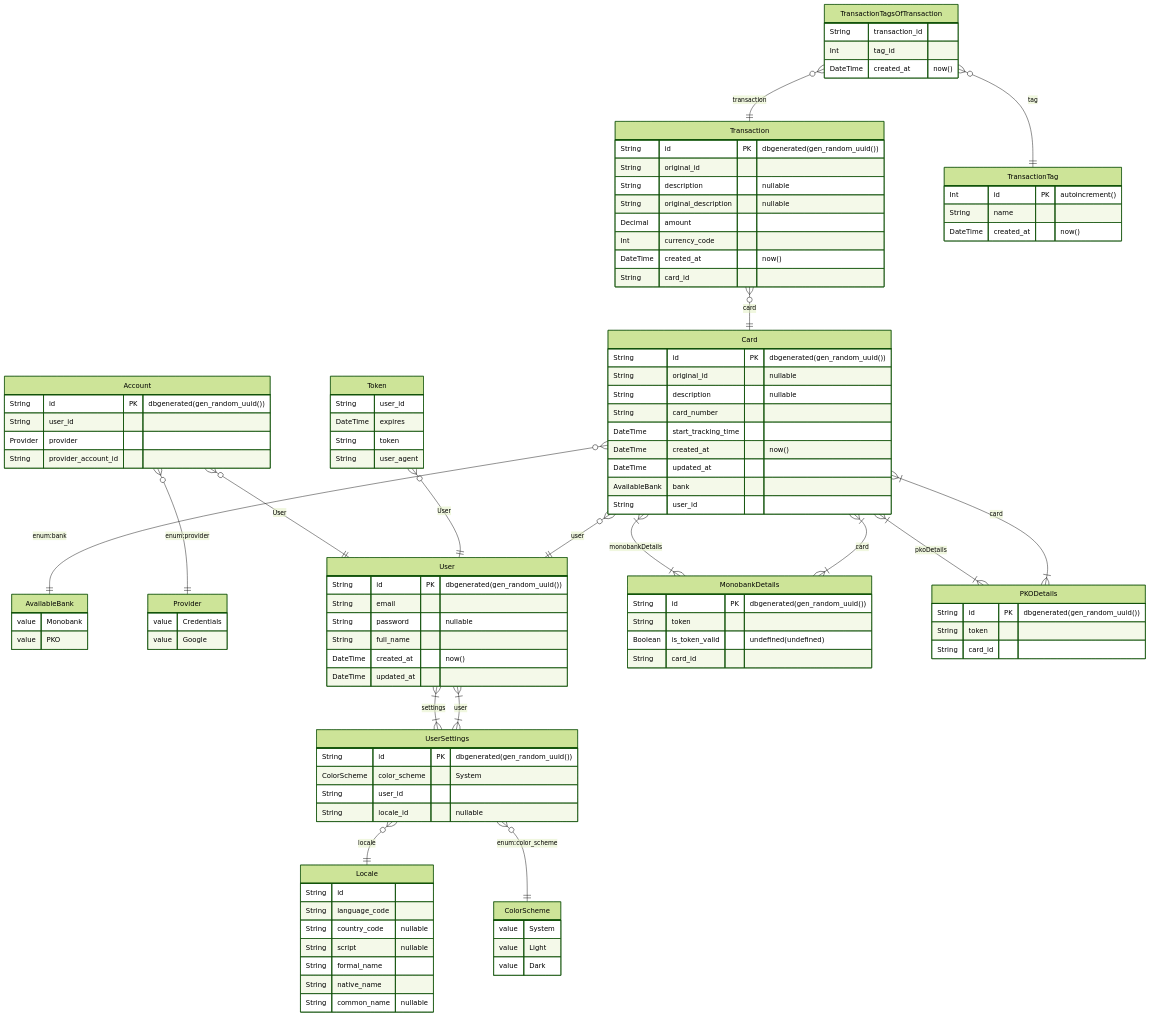
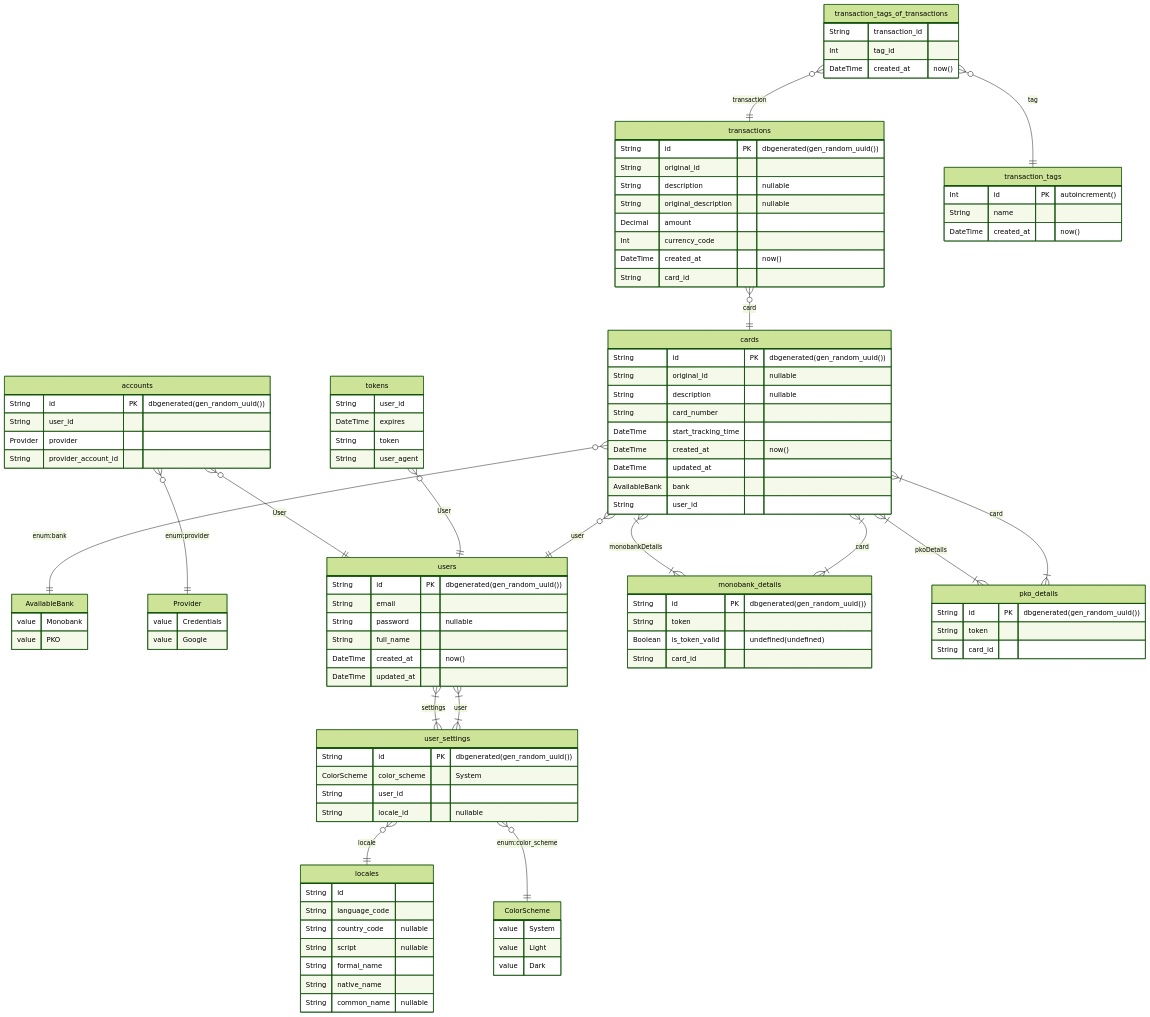
One commit to quinsberry/budget-tracking-app changed the diagram in src/shared/prisma/ERD.md. Above: the diagram before and after it, drawn with Mermaid (forest theme). The commit also changed 2 other files, not shown here.

Commit message:
changed table names for prisma models

````diff
--- a/src/shared/prisma/ERD.md
+++ b/src/shared/prisma/ERD.md
@@ -13,7 +13,7 @@
 		value Credentials
 		value Google
 	}
-	User {
+	users {
 		String id PK  "dbgenerated(gen_random_uuid())"
 		String email
 		String password  "nullable"
@@ -21,25 +21,25 @@
 		DateTime created_at  "now()"
 		DateTime updated_at
 	}
-	Account {
+	accounts {
 		String id PK  "dbgenerated(gen_random_uuid())"
 		String user_id
 		Provider provider
 		String provider_account_id
 	}
-	Token {
+	tokens {
 		String user_id
 		DateTime expires
 		String token
 		String user_agent
 	}
-	UserSettings {
+	user_settings {
 		String id PK  "dbgenerated(gen_random_uuid())"
 		ColorScheme color_scheme "System"
 		String user_id
 		String locale_id  "nullable"
 	}
-	Locale {
+	locales {
 		String id
 		String language_code
 		String country_code  "nullable"
@@ -48,7 +48,7 @@
 		String native_name
 		String common_name  "nullable"
 	}
-	Card {
+	cards {
 		String id PK  "dbgenerated(gen_random_uuid())"
 		String original_id  "nullable"
 		String description  "nullable"
@@ -59,18 +59,18 @@
 		AvailableBank bank
 		String user_id
 	}
-	MonobankDetails {
+	monobank_details {
 		String id PK  "dbgenerated(gen_random_uuid())"
 		String token
 		Boolean is_token_valid  "undefined(undefined)"
 		String card_id
 	}
-	PKODetails {
+	pko_details {
 		String id PK  "dbgenerated(gen_random_uuid())"
 		String token
 		String card_id
 	}
-	Transaction {
+	transactions {
 		String id PK  "dbgenerated(gen_random_uuid())"
 		String original_id
 		String description  "nullable"
@@ -80,31 +80,31 @@
 		DateTime created_at  "now()"
 		String card_id
 	}
-	TransactionTag {
+	transaction_tags {
 		Int id PK  "autoincrement()"
 		String name
 		DateTime created_at  "now()"
 	}
-	TransactionTagsOfTransaction {
+	transaction_tags_of_transactions {
 		String transaction_id
 		Int tag_id
 		DateTime created_at  "now()"
 	}
-	User }|--|{ UserSettings : settings
-	Account }o--|| User : User
-	Account }o--|| Provider : "enum:provider"
-	Token }o--|| User : User
-	UserSettings }|--|{ User : user
-	UserSettings }o--|| Locale : locale
-	UserSettings }o--|| ColorScheme : "enum:color_scheme"
-	Card }|--|{ MonobankDetails : monobankDetails
-	Card }|--|{ PKODetails : pkoDetails
-	Card }o--|| User : user
-	Card }o--|| AvailableBank : "enum:bank"
-	MonobankDetails }|--|{ Card : card
-	PKODetails }|--|{ Card : card
-	Transaction }o--|| Card : card
-	TransactionTagsOfTransaction }o--|| Transaction : transaction
-	TransactionTagsOfTransaction }o--|| TransactionTag : tag
+	users }|--|{ user_settings : settings
+	accounts }o--|| users : User
+	accounts }o--|| Provider : "enum:provider"
+	tokens }o--|| users : User
+	user_settings }|--|{ users : user
+	user_settings }o--|| locales : locale
+	user_settings }o--|| ColorScheme : "enum:color_scheme"
+	cards }|--|{ monobank_details : monobankDetails
+	cards }|--|{ pko_details : pkoDetails
+	cards }o--|| users : user
+	cards }o--|| AvailableBank : "enum:bank"
+	monobank_details }|--|{ cards : card
+	pko_details }|--|{ cards : card
+	transactions }o--|| cards : card
+	transaction_tags_of_transactions }o--|| transactions : transaction
+	transaction_tags_of_transactions }o--|| transaction_tags : tag
 
 ```
````
